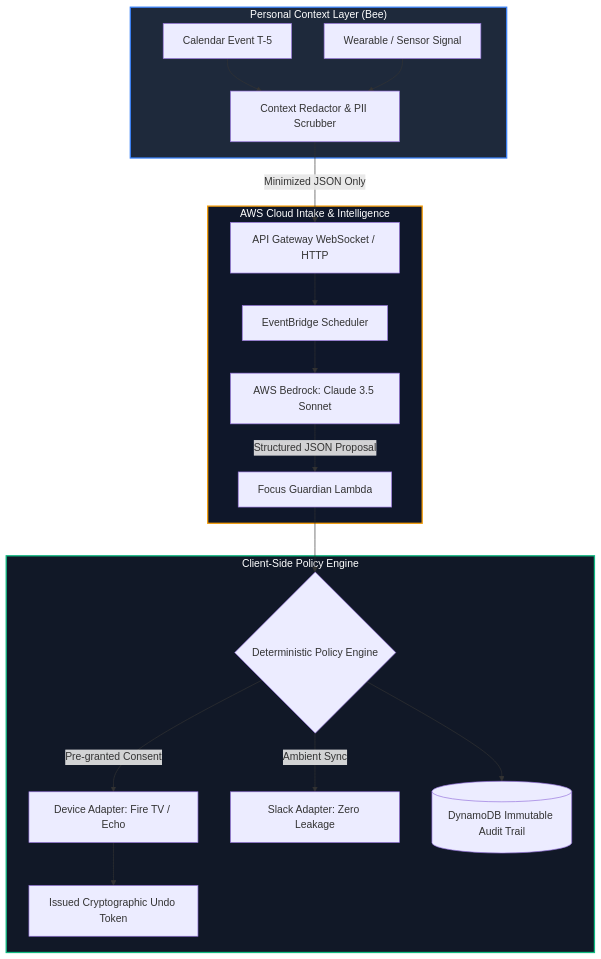
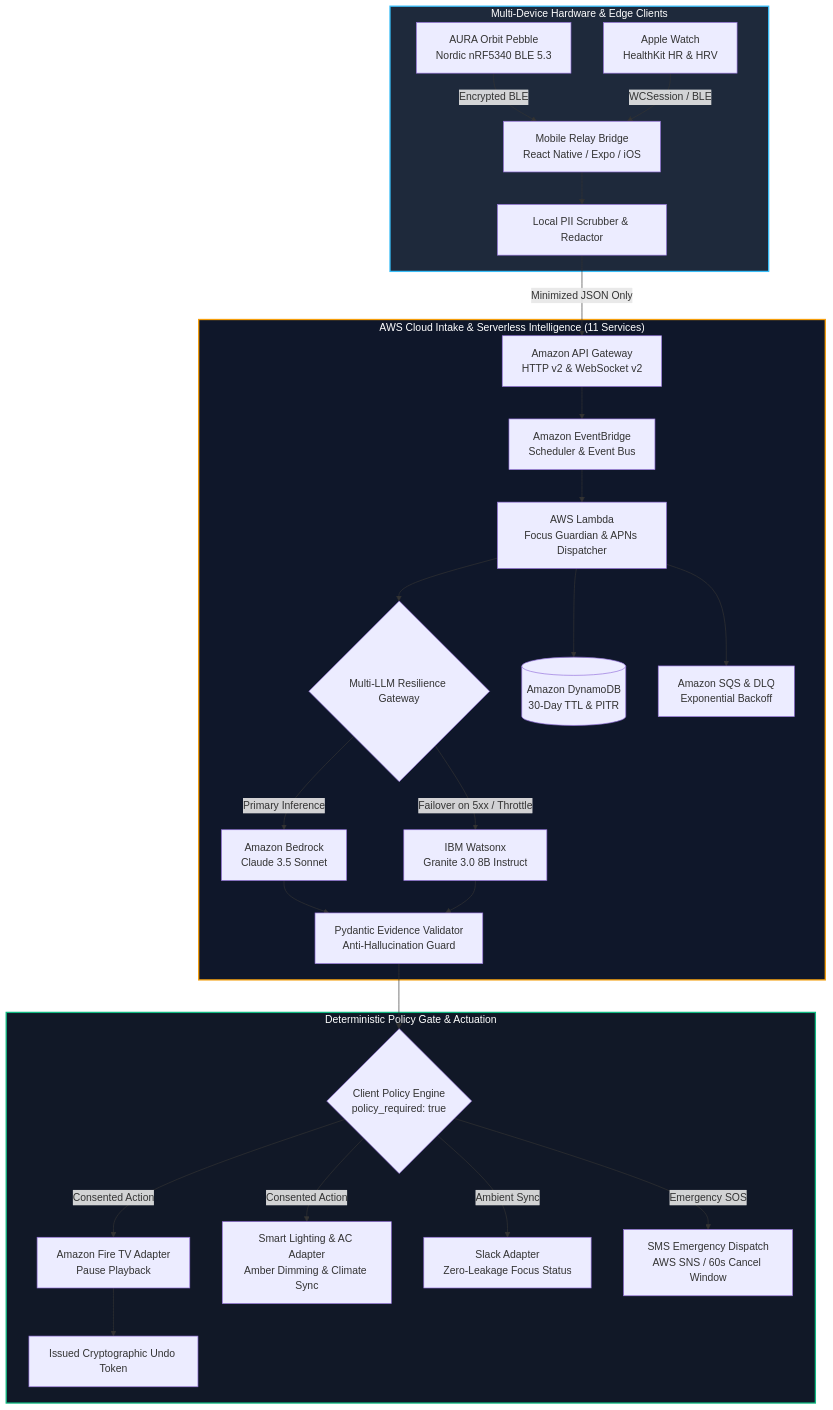
One commit to adityashinde0/AURA changed the first of 2 diagrams in README.md. Above: the diagram before and after it, drawn with Mermaid. The commit also changed other lines of this file and 4 other files, not shown here.

Commit message:
docs: modernize project overview in README with multi-device ecosystem, ambient IoT, and benchmarks; add platform guides for Apple, Firmware, and Mobile

````diff
--- a/README.md
+++ b/README.md
@@ -80,26 +90,37 @@
 ```mermaid
 graph TD
-    subgraph Local_Context ["Personal Context Layer (Bee)"]
-        A[Calendar Event T-5] --> B[Context Redactor & PII Scrubber]
-        H[Wearable / Sensor Signal] --> B
+    subgraph Multi_Device_Clients ["Multi-Device Hardware & Edge Clients"]
+        A[AURA Orbit Pebble<br/>Nordic nRF5340 BLE 5.3] -->|Encrypted BLE| C[Mobile Relay Bridge<br/>React Native / Expo / iOS]
+        B[Apple Watch<br/>HealthKit HR & HRV] -->|WCSession / BLE| C
+        C --> D[Local PII Scrubber & Redactor]
     end
 
-    subgraph AWS_Cloud ["AWS Cloud Intake & Intelligence"]
-        B -->|Minimized JSON Only| C[API Gateway WebSocket / HTTP]
-        C --> D[EventBridge Scheduler]
-        D --> E[AWS Bedrock: Claude 3.5 Sonnet]
-        E -->|Structured JSON Proposal| F[Focus Guardian Lambda]
+    subgraph AWS_Cloud_Platform ["AWS Cloud Intake & Serverless Intelligence (11 Services)"]
+        D -->|Minimized JSON Only| E[Amazon API Gateway<br/>HTTP v2 & WebSocket v2]
+        E --> F[Amazon EventBridge<br/>Scheduler & Event Bus]
+        F --> G[AWS Lambda<br/>Focus Guardian & APNs Dispatcher]
+        
+        G --> H{Multi-LLM Resilience Gateway}
+        H -->|Primary Inference| I[Amazon Bedrock<br/>Claude 3.5 Sonnet]
+        H -->|Failover on 5xx / Throttle| J[IBM Watsonx<br/>Granite 3.0 8B Instruct]
+        
+        I --> K[Pydantic Evidence Validator<br/>Anti-Hallucination Guard]
+        J --> K
+        
+        G --> L[(Amazon DynamoDB<br/>30-Day TTL & PITR)]
+        G --> M[Amazon SQS & DLQ<br/>Exponential Backoff]
     end
 
-    subgraph Policy_Gate ["Client-Side Policy Engine"]
-        F --> G{Deterministic Policy Engine}
-        G -->|Pre-granted Consent| I[Device Adapter: Fire TV / Echo]
-        G -->|Ambient Sync| J[Slack Adapter: Zero Leakage]
-        I --> K[Issued Cryptographic Undo Token]
-        G --> L[(DynamoDB Immutable Audit Trail)]
+    subgraph Policy_Gate ["Deterministic Policy Gate & Actuation"]
+        K --> N{Client Policy Engine<br/>policy_required: true}
+        N -->|Consented Action| O[Amazon Fire TV Adapter<br/>Pause Playback]
+        N -->|Consented Action| P[Smart Lighting & AC Adapter<br/>Amber Dimming & Climate Sync]
+        N -->|Ambient Sync| Q[Slack Adapter<br/>Zero-Leakage Focus Status]
+        N -->|Emergency SOS| R[SMS Emergency Dispatch<br/>AWS SNS / 60s Cancel Window]
+        O --> S[Issued Cryptographic Undo Token]
     end
 
-    style Local_Context fill:#1e293b,stroke:#3b82f6,stroke-width:2px,color:#fff
-    style AWS_Cloud fill:#0f172a,stroke:#f59e0b,stroke-width:2px,color:#fff
+    style Multi_Device_Clients fill:#1e293b,stroke:#38bdf8,stroke-width:2px,color:#fff
+    style AWS_Cloud_Platform fill:#0f172a,stroke:#f59e0b,stroke-width:2px,color:#fff
     style Policy_Gate fill:#111827,stroke:#10b981,stroke-width:2px,color:#fff
 ```
````
